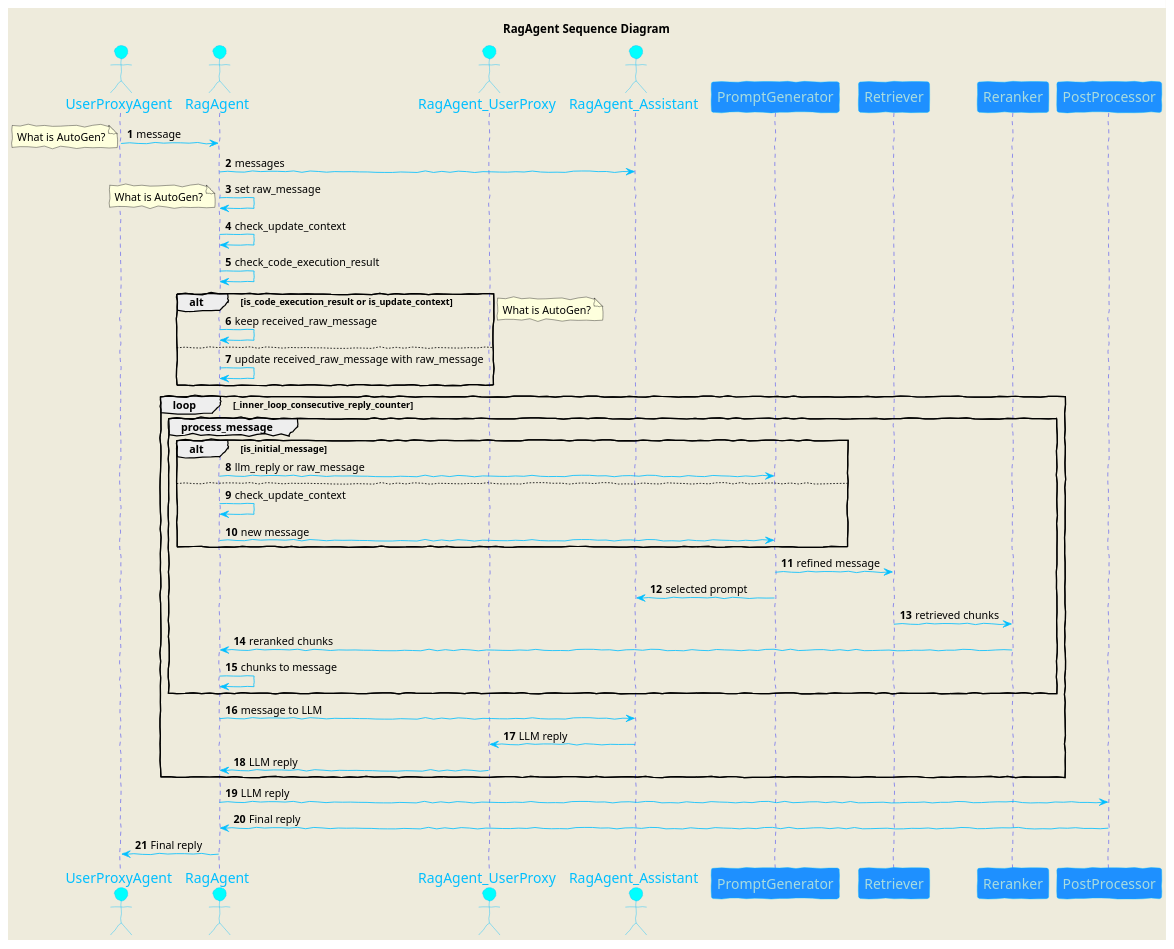
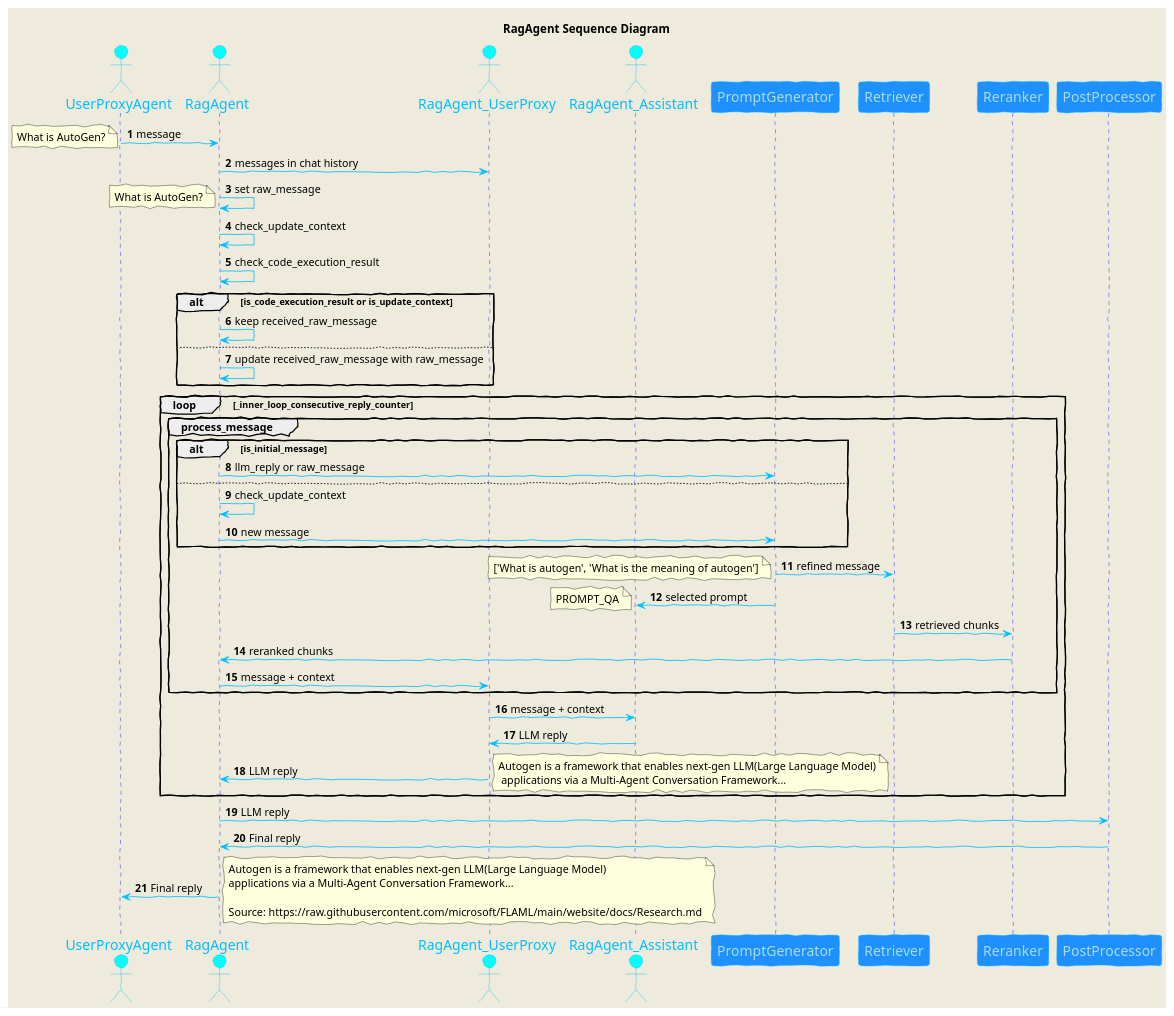
One commit to amaziatower/aider-model-train changed the diagram in autogen/agentchat/contrib/rag/uml/sequence.puml. Above: the diagram before and after it, drawn with PlantUML.

Commit message:
Update sequence uml

```diff
--- a/autogen/agentchat/contrib/rag/uml/sequence.puml
+++ b/autogen/agentchat/contrib/rag/uml/sequence.puml
@@ -1,71 +1,78 @@
 @startuml
 skinparam Handwritten true
 skinparam BackgroundColor #EEEBDC
 
 skinparam sequence {
     ArrowColor DeepSkyBlue
     ActorBorderColor DeepSkyBlue
     LifeLineBorderColor blue
     LifeLineBackgroundColor #A9DCDF
 
     ParticipantBorderColor DeepSkyBlue
     ParticipantBackgroundColor DodgerBlue
     ParticipantFontName Impact
     ParticipantFontSize 17
     ParticipantFontColor #A9DCDF
 
     ActorBackgroundColor aqua
     ActorFontColor DeepSkyBlue
     ActorFontSize 17
     ActorFontName Aapex
 }
 
 title RagAgent Sequence Diagram
 
 autonumber
 
 actor UserProxyAgent
 actor RagAgent
 actor RagAgent_UserProxy
 actor RagAgent_Assistant
 participant PromptGenerator
 participant Retriever
 participant Reranker
 participant PostProcessor
 
 UserProxyAgent -> RagAgent: message
 note left: What is AutoGen?
-RagAgent -> RagAgent_Assistant: messages
+RagAgent -> RagAgent_UserProxy: messages in chat history
 RagAgent -> RagAgent: set raw_message
 note left: What is AutoGen?
 RagAgent -> RagAgent: check_update_context
 RagAgent -> RagAgent: check_code_execution_result
 alt is_code_execution_result or is_update_context
     RagAgent -> RagAgent: keep received_raw_message
 else
     RagAgent -> RagAgent: update received_raw_message with raw_message
 end
-note left: What is AutoGen?
 loop _inner_loop_consecutive_reply_counter
     group process_message
         alt is_initial_message
             RagAgent -> PromptGenerator: llm_reply or raw_message
         else
             RagAgent -> RagAgent: check_update_context
             RagAgent -> PromptGenerator: new message
         end
         PromptGenerator -> Retriever: refined message
+        note left: ['What is autogen', 'What is the meaning of autogen']
         PromptGenerator -> RagAgent_Assistant: selected prompt
+        note left: PROMPT_QA
         Retriever -> Reranker: retrieved chunks
         Reranker -> RagAgent: reranked chunks
-        RagAgent -> RagAgent: chunks to message
+        RagAgent -> RagAgent_UserProxy: message + context
     end
-    RagAgent -> RagAgent_Assistant: message to LLM
+    RagAgent_UserProxy -> RagAgent_Assistant: message + context
     RagAgent_Assistant -> RagAgent_UserProxy: LLM reply
     RagAgent_UserProxy -> RagAgent: LLM reply
+    note right: Autogen is a framework that enables next-gen LLM(Large Language Model)\n applications via a Multi-Agent Conversation Framework...
 end
 RagAgent -> PostProcessor: LLM reply
 PostProcessor -> RagAgent: Final reply
 RagAgent -> UserProxyAgent: Final reply
+note right
+Autogen is a framework that enables next-gen LLM(Large Language Model)
+applications via a Multi-Agent Conversation Framework...
 
+Source: https://raw.githubusercontent.com/microsoft/FLAML/main/website/docs/Research.md
+end note
 @enduml
```
